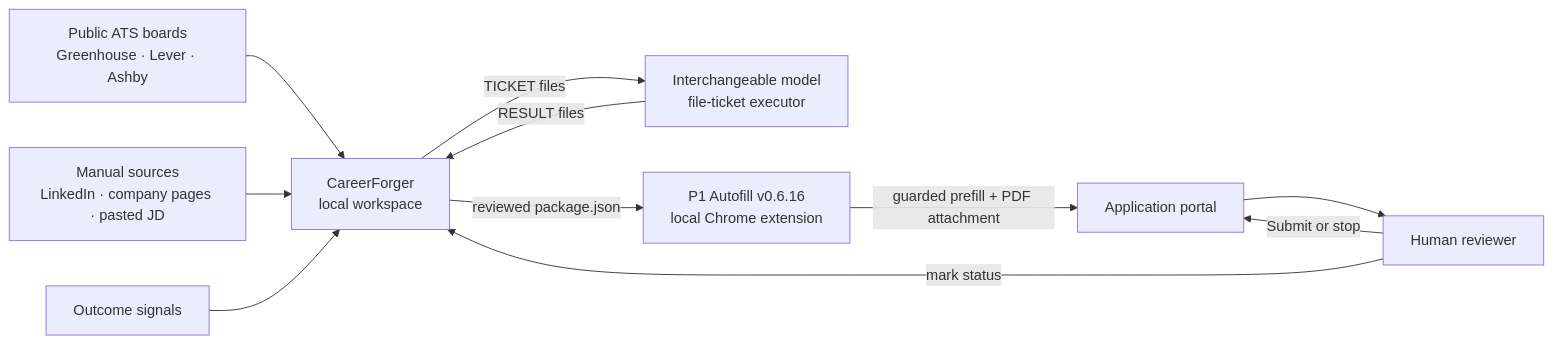
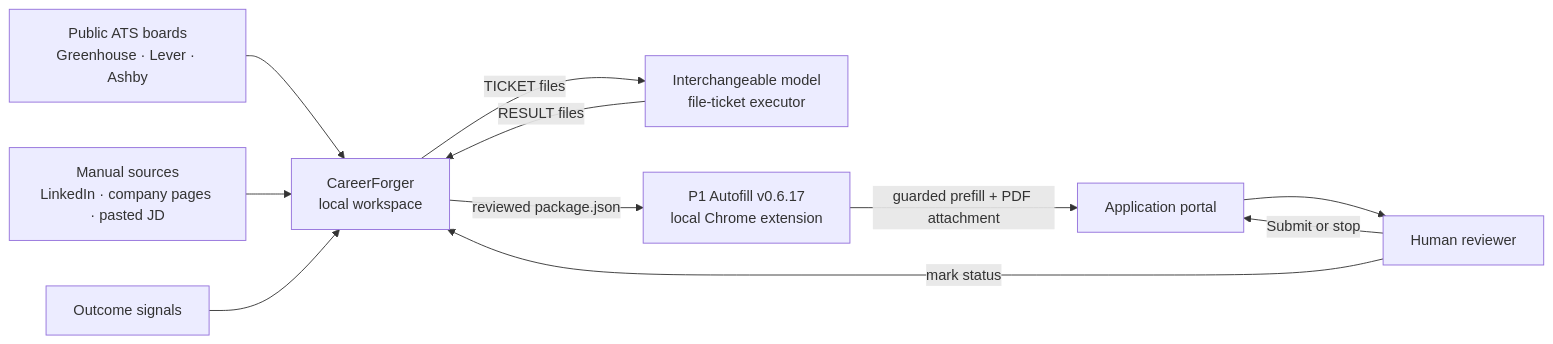
One commit to devothamgn321/CareerForger changed the first of 4 diagrams in docs/ARCHITECTURE.md. Above: the diagram before and after it, drawn with Mermaid. The commit also changed other lines of this file and 15 other files, not shown here.

````diff
--- a/docs/ARCHITECTURE.md
+++ b/docs/ARCHITECTURE.md
@@ -117,22 +117,22 @@
 ```mermaid
 flowchart LR
     ATS[Public ATS boards<br/>Greenhouse · Lever · Ashby]
     MANUAL[Manual sources<br/>LinkedIn · company pages · pasted JD]
     CF[CareerForger<br/>local workspace]
     MODEL[Interchangeable model<br/>file-ticket executor]
-    EXT[P1 Autofill v0.6.16<br/>local Chrome extension]
+    EXT[P1 Autofill v0.6.17<br/>local Chrome extension]
     PORTAL[Application portal]
     HUMAN[Human reviewer]
     OUTCOME[Outcome signals]
 
     ATS --> CF
     MANUAL --> CF
     CF -->|TICKET files| MODEL
     MODEL -->|RESULT files| CF
     CF -->|reviewed package.json| EXT
     EXT -->|guarded prefill + PDF attachment| PORTAL
     PORTAL --> HUMAN
     HUMAN -->|Submit or stop| PORTAL
     HUMAN -->|mark status| CF
     OUTCOME --> CF
 ```
````
